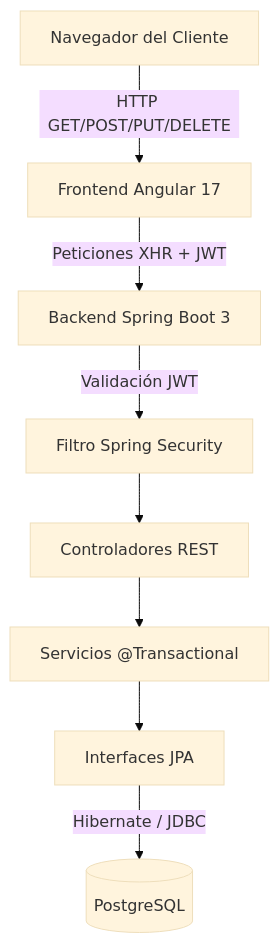
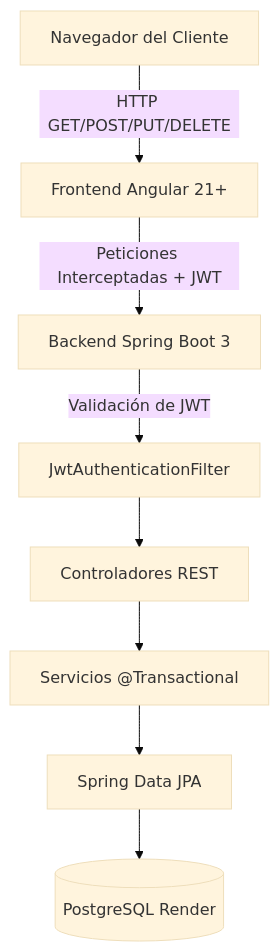
The diagram in DOCUMENTACION.md (yahir140306/CRUD), drawn with Mermaid (base theme) before and after one commit. The commit also changed other lines of this file and 49 other files, not shown here.

````diff
--- a/DOCUMENTACION.md
+++ b/DOCUMENTACION.md
@@ -25,10 +29,10 @@
 ```mermaid
 graph TD
-    Browser[Navegador del Cliente] -->|HTTP GET/POST/PUT/DELETE| Angular[Frontend Angular 17]
-    Angular -->|Peticiones XHR + JWT| API[Backend Spring Boot 3]
-    API -->|Validación JWT| Security[Filtro Spring Security]
+    Browser[Navegador del Cliente] -->|HTTP GET/POST/PUT/DELETE| Angular[Frontend Angular 21+]
+    Angular -->|Peticiones Interceptadas + JWT| API[Backend Spring Boot 3]
+    API -->|Validación de JWT| Security[JwtAuthenticationFilter]
     Security --> Controllers[Controladores REST]
     Controllers --> Services[Servicios @Transactional]
-    Services --> Repositories[Interfaces JPA]
-    Repositories -->|Hibernate / JDBC| Postgres[(PostgreSQL)]
+    Services --> Repositories[Spring Data JPA]
+    Repositories --> Postgres[(PostgreSQL Render)]
 ```
````
